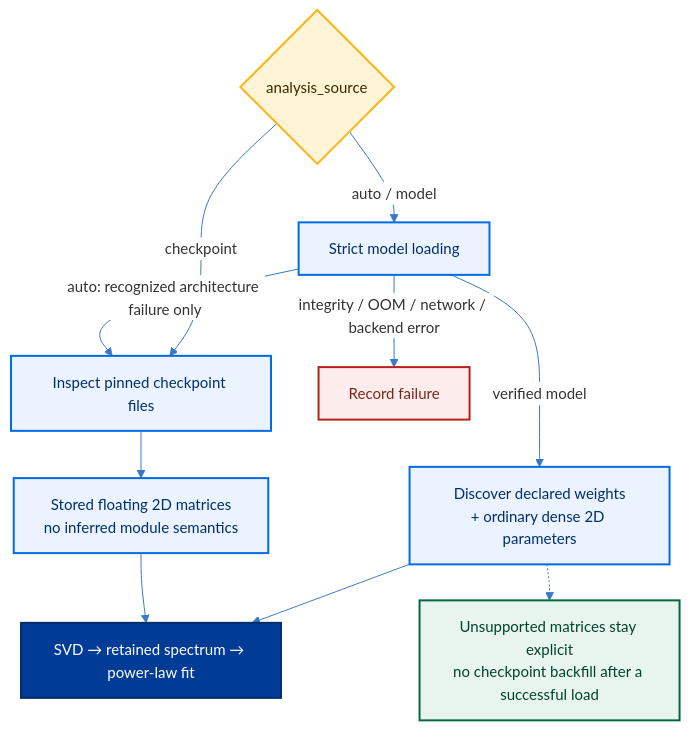
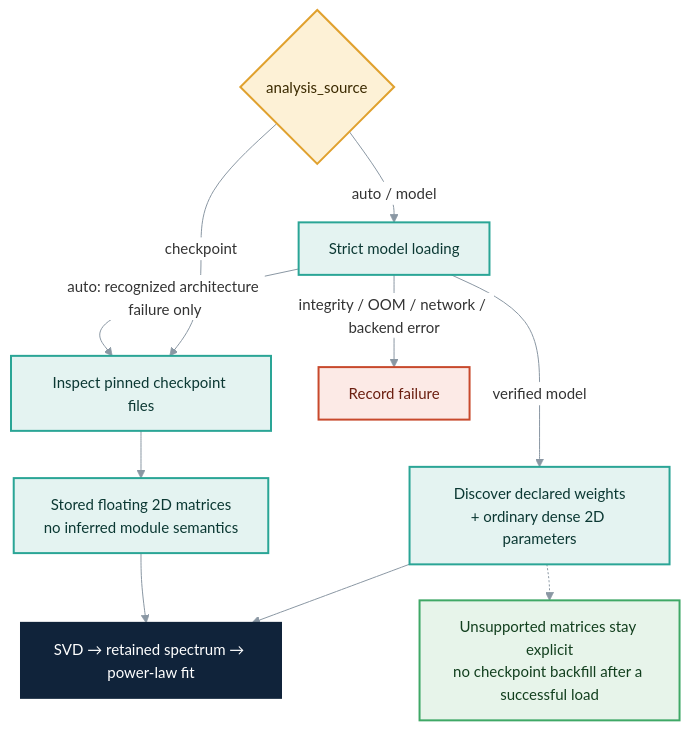
One commit to RpM-Kinshuk/Model-Zoo changed the diagram in README.md. Above: the diagram before and after it, drawn with Mermaid. The commit also changed other lines of this file and 79 other files, not shown here.

````diff
--- a/README.md
+++ b/README.md
@@ -407,24 +506,24 @@
 ```mermaid
-%%{init: {"theme":"base","flowchart":{"curve":"basis","nodeSpacing":26,"rankSpacing":36},"themeVariables":{"fontFamily":"ui-sans-serif, system-ui","fontSize":"15px","lineColor":"#3978C5","edgeLabelBackground":"#FFFFFF"}}}%%
+%%{init: {"theme":"base","flowchart":{"curve":"basis","nodeSpacing":26,"rankSpacing":36},"themeVariables":{"fontFamily":"ui-sans-serif, system-ui","fontSize":"15px","lineColor":"#8A97A3","edgeLabelBackground":"#FFFFFF"}}}%%
 flowchart TB
     POLICY{"analysis_source"}
     POLICY -->|auto / model| LOAD["Strict model loading"]
     POLICY -->|checkpoint| TENSORS["Inspect pinned checkpoint files"]
     LOAD -->|verified model| MODULES["Discover declared weights<br/>+ ordinary dense 2D parameters"]
     LOAD -->|auto: recognized architecture failure only| TENSORS
     LOAD -->|integrity / OOM / network / backend error| FAIL["Record failure"]
     TENSORS --> STORED["Stored floating 2D matrices<br/>no inferred module semantics"]
     MODULES --> ESD["SVD → retained spectrum → power-law fit"]
     STORED --> ESD
     MODULES -.-> COVERAGE["Unsupported matrices stay explicit<br/>no checkpoint backfill after a successful load"]
-    classDef decision fill:#FFF4D6,stroke:#FDB515,color:#3B2A00,stroke-width:2px;
-    classDef control fill:#EAF3FF,stroke:#006CE4,color:#002F6C,stroke-width:2px;
-    classDef execute fill:#003B95,stroke:#002F6C,color:#FFFFFF,stroke-width:2px;
-    classDef failure fill:#FDECEC,stroke:#B42318,color:#7A271A,stroke-width:2px;
-    classDef coverage fill:#E8F5EF,stroke:#00693E,color:#00452A,stroke-width:2px;
+    classDef decision fill:#FDF1D6,stroke:#E0A12E,color:#3B2A00,stroke-width:2px;
+    classDef control fill:#E4F3F1,stroke:#2AA596,color:#0B3833,stroke-width:2px;
+    classDef execute fill:#10233A,stroke:#10233A,color:#FFFFFF,stroke-width:2px;
+    classDef failure fill:#FCEAE6,stroke:#C8492C,color:#6B1F10,stroke-width:2px;
+    classDef coverage fill:#E7F4EA,stroke:#3FA866,color:#123F1E,stroke-width:2px;
     class POLICY decision;
     class LOAD,TENSORS,MODULES,STORED control;
     class ESD execute;
     class FAIL failure;
     class COVERAGE coverage;
 ```
````
